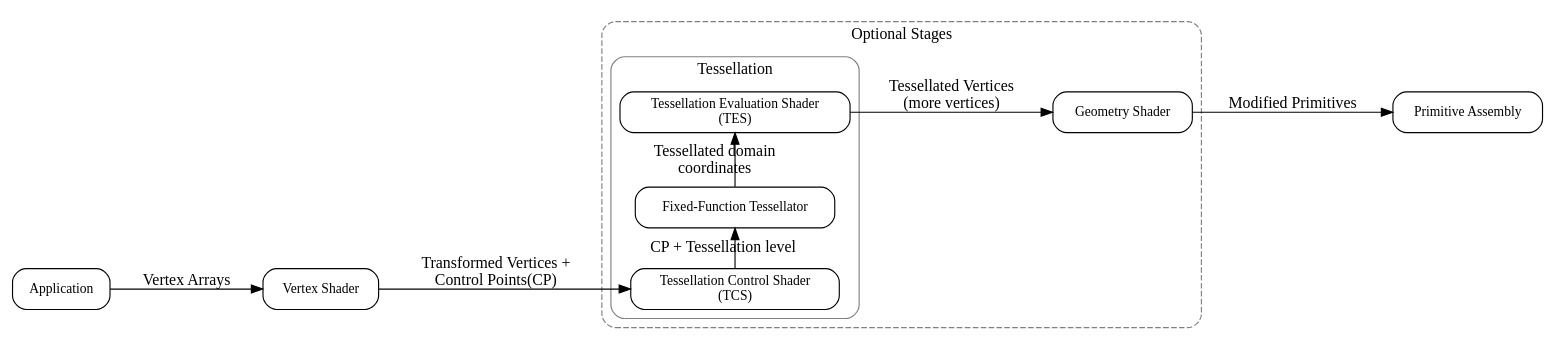
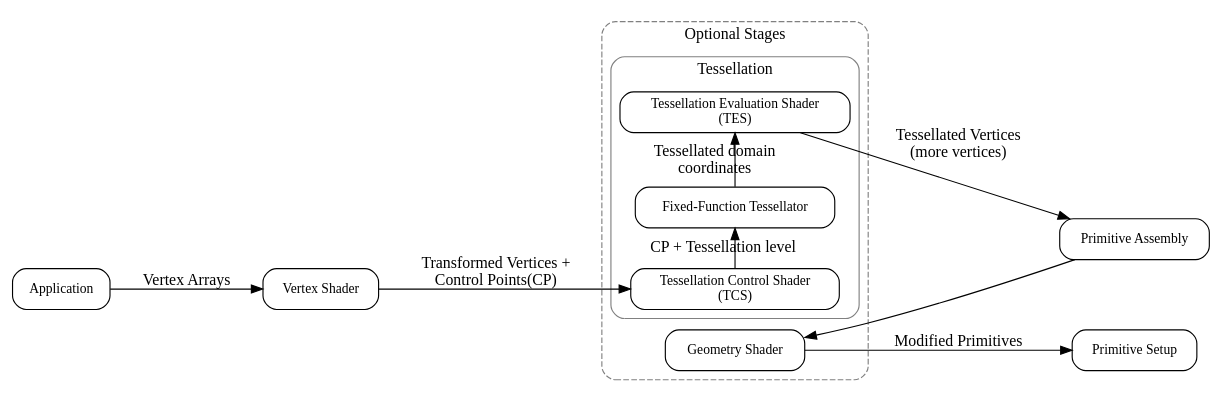
Before and after one commit to Jonathan2251/lbd: the diagram in Fig/gpu/imr-rendering-pipeline-1.gv, drawn with Graphviz. The commit also changed 23 other files, not shown here.

```diff
--- a/Fig/gpu/imr-rendering-pipeline-1.gv
+++ b/Fig/gpu/imr-rendering-pipeline-1.gv
@@ -1,40 +1,42 @@
 digraph OpenGL_Pipeline_Part1 {
     rankdir=LR;
     node [shape=box, style=rounded, fontsize=12];
 
     App  [label="Application"];
     VS   [label="Vertex Shader"];
 
     subgraph cluster_optional {
         label="Optional Stages";
         style="rounded,dashed";
         color="gray";
 
         subgraph cluster_ts {
             label="Tessellation";
             style=rounded;
 
             TCS  [label="Tessellation Control Shader\n(TCS)"];
 
             TS  [label="Fixed-Function Tessellator"];
 
             TES  [label="Tessellation Evaluation Shader\n(TES)"];
 
             TCS -> TS      [label="CP + Tessellation level"];
             TS  -> TES     [label="Tessellated domain\ncoordinates"];
 
             { rank = same;  TCS; TS; TES }
         }
 
         GS  [label="Geometry Shader"];
     }
 
-    PA   [label="Primitive Assembly"];
+    PA  [label="Primitive Assembly"];
+    PS  [label="Primitive Setup"];
 
     App -> VS      [label="Vertex Arrays"];
     VS  -> TCS     [label="Transformed Vertices +\nControl Points(CP)"];
-    TES -> GS      [label="Tessellated Vertices\n(more vertices)"];
-    GS  -> PA      [label="Modified Primitives"];
+    TES -> PA      [label="Tessellated Vertices\n(more vertices)"];
+    PA  -> GS;
+    GS  -> PS      [label="Modified Primitives"];
 
     //{ rank = same; TCS; TES }
 }
```
